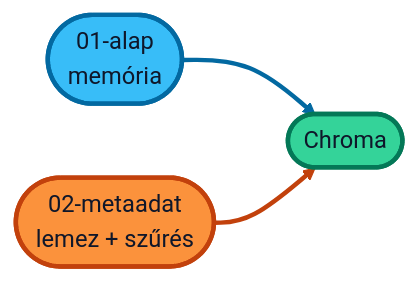
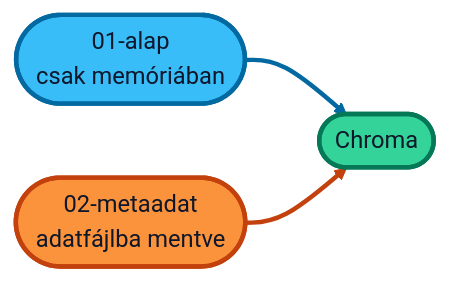
The diagram in vectordb/chroma/README.md (cloudsteak/trn-gcp-ai-rag), drawn with Mermaid before and after one commit. The commit also changed 1 other file, not shown here.

Commit message:
Fix doc (#6)
* Update README.md to clarify memory usage and metadata handling in Chroma examples

* Update README.md to correct terminology from "lemezre" to "chroma_data adatfájl" for clarity in metadata handling

````diff
--- a/vectordb/chroma/README.md
+++ b/vectordb/chroma/README.md
@@ -5,17 +5,17 @@
 ```mermaid
 %%{init: {"theme": "base", "themeVariables": {"fontSize": "16px", "lineColor": "#334155"}, "flowchart": {"curve": "basis", "padding": 12}}}%%
 flowchart LR
-  A(["01-alap<br/>memória"]) --> C(["Chroma"])
-  B(["02-metaadat<br/>lemez + szűrés"]) --> C
+  A(["01-alap<br/>csak memóriában"]) --> C(["Chroma"])
+  B(["02-metaadat<br/>adatfájlba mentve"]) --> C
 
   classDef basic fill:#38bdf8,stroke:#0369a1,stroke-width:3px,color:#0f172a
   classDef meta fill:#fb923c,stroke:#c2410c,stroke-width:3px,color:#0f172a
   classDef db fill:#34d399,stroke:#047857,stroke-width:3px,color:#0f172a
 
   class A basic
   class B meta
   class C db
 
   linkStyle 0 stroke:#0369a1,stroke-width:3px
   linkStyle 1 stroke:#c2410c,stroke-width:3px
 ```
````
